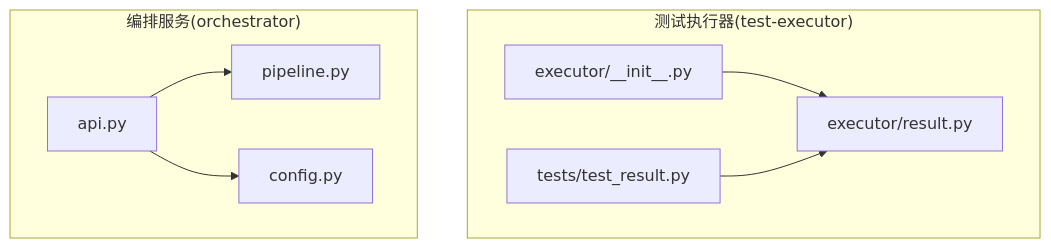
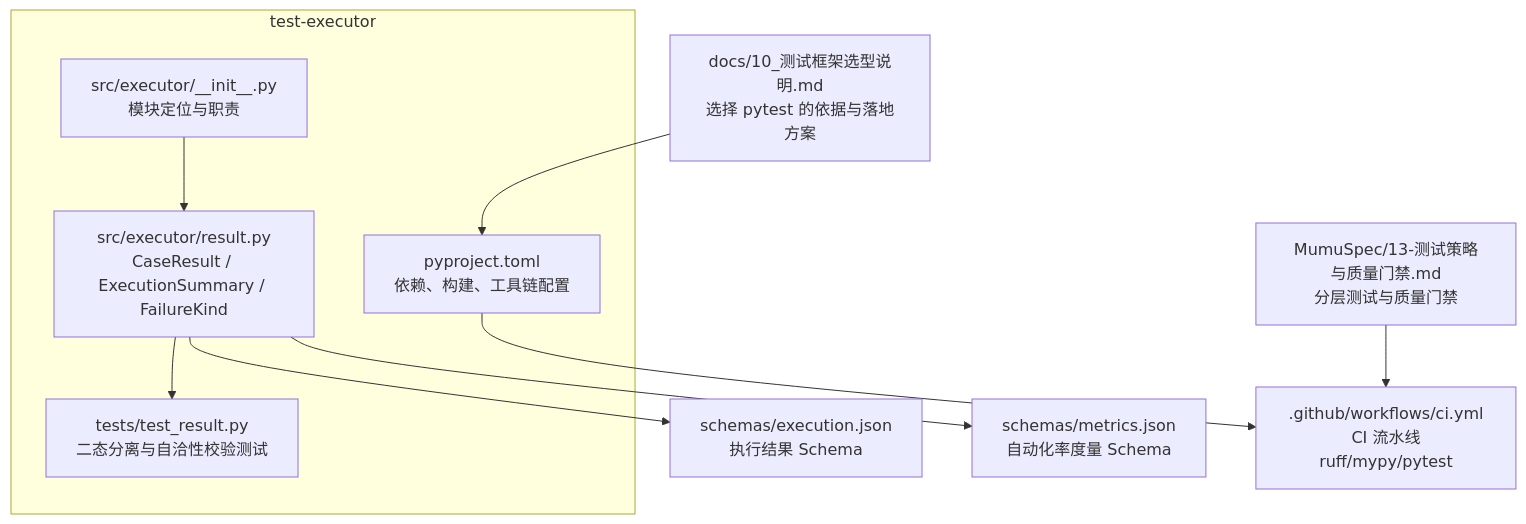
One commit to Joeyzheng001/LLM-AutoTest changed the first of 5 diagrams in .qoder/repowiki/zh/content/核心服务/测试执行器.md. Above: the diagram before and after it, drawn with Mermaid. The commit also changed other lines of this file and 186 other files, not shown here.

````diff
--- a/.qoder/repowiki/zh/content/核心服务/测试执行器.md
+++ b/.qoder/repowiki/zh/content/核心服务/测试执行器.md
@@ -41,17 +38,21 @@
 ```mermaid
 graph TB
-subgraph "测试执行器(test-executor)"
-A["executor/__init__.py"]
-B["executor/result.py"]
-T["tests/test_result.py"]
+subgraph "test-executor"
+A["src/executor/__init__.py<br/>模块定位与职责"]
+B["src/executor/result.py<br/>CaseResult / ExecutionSummary / FailureKind"]
+C["tests/test_result.py<br/>二态分离与自洽性校验测试"]
+D["pyproject.toml<br/>依赖、构建、工具链配置"]
 end
-subgraph "编排服务(orchestrator)"
-C["pipeline.py"]
-D["api.py"]
-E["config.py"]
-end
+E["schemas/execution.json<br/>执行结果 Schema"]
+F["schemas/metrics.json<br/>自动化率度量 Schema"]
+G[".github/workflows/ci.yml<br/>CI 流水线ruff/mypy/pytest"]
+H["docs/10_测试框架选型说明.md<br/>选择 pytest 的依据与落地方案"]
+I["MumuSpec/13-测试策略与质量门禁.md<br/>分层测试与质量门禁"]
 A --> B
-T --> B
-D --> C
-D --> E
+B --> C
+B --> E
+B --> F
+D --> G
+H --> D
+I --> G
 ```
````
